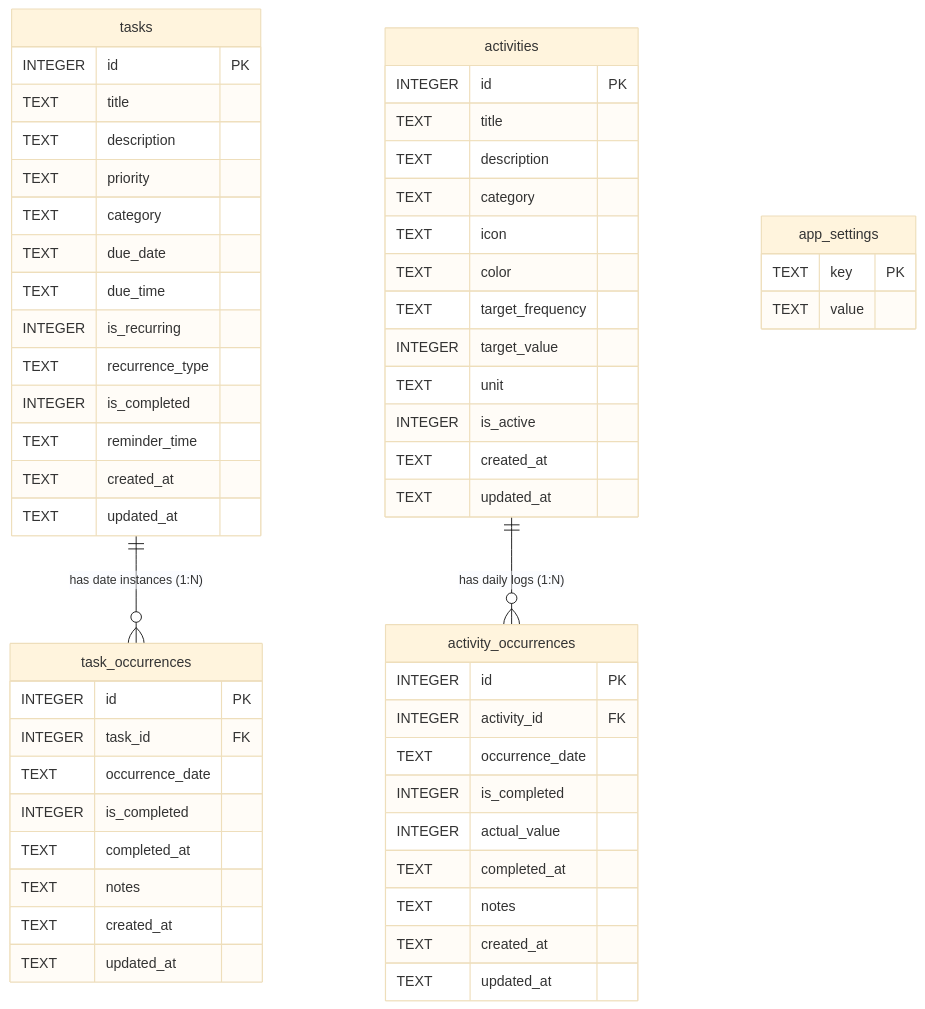
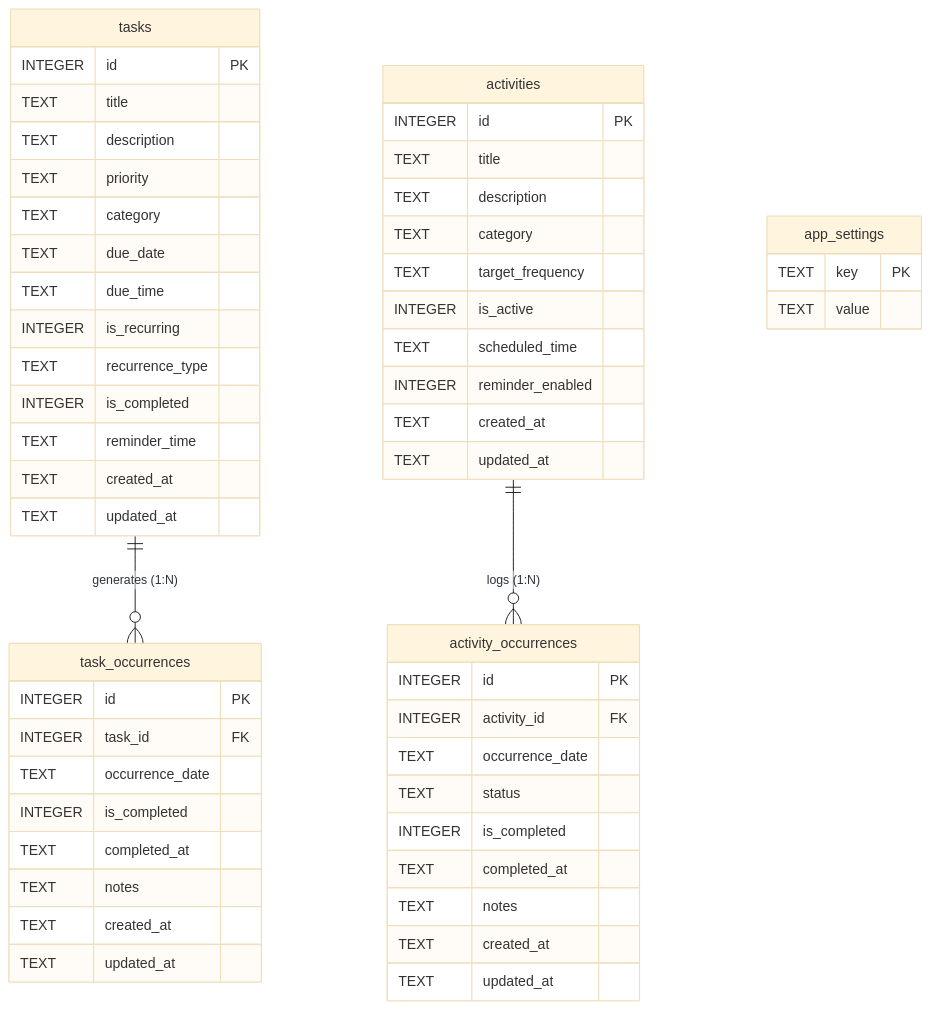
One commit to apurvak6/daily_flow changed the second of 2 diagrams in README.md. Above: the diagram before and after it, drawn with Mermaid (base theme). The commit also changed other lines of this file, not shown here.

Commit message:
docs: update README with comprehensive architecture and feature documentation

````diff
--- a/README.md
+++ b/README.md
@@ -272,59 +252,57 @@
 ```mermaid
 erDiagram
-    tasks ||--o{ task_occurrences : "has date instances (1:N)"
+    tasks ||--o{ task_occurrences : "generates (1:N)"
     tasks {
         INTEGER id PK
         TEXT title
         TEXT description
         TEXT priority
         TEXT category
         TEXT due_date
         TEXT due_time
         INTEGER is_recurring
         TEXT recurrence_type
         INTEGER is_completed
         TEXT reminder_time
         TEXT created_at
         TEXT updated_at
     }
     task_occurrences {
         INTEGER id PK
         INTEGER task_id FK
         TEXT occurrence_date
         INTEGER is_completed
         TEXT completed_at
         TEXT notes
         TEXT created_at
         TEXT updated_at
     }
-    activities ||--o{ activity_occurrences : "has daily logs (1:N)"
+    activities ||--o{ activity_occurrences : "logs (1:N)"
     activities {
         INTEGER id PK
         TEXT title
         TEXT description
         TEXT category
-        TEXT icon
-        TEXT color
         TEXT target_frequency
-        INTEGER target_value
-        TEXT unit
         INTEGER is_active
+        TEXT scheduled_time
+        INTEGER reminder_enabled
         TEXT created_at
         TEXT updated_at
     }
     activity_occurrences {
         INTEGER id PK
         INTEGER activity_id FK
         TEXT occurrence_date
+        TEXT status
         INTEGER is_completed
-        INTEGER actual_value
         TEXT completed_at
         TEXT notes
         TEXT created_at
         TEXT updated_at
     }
     app_settings {
         TEXT key PK
         TEXT value
     }
 ```
````
